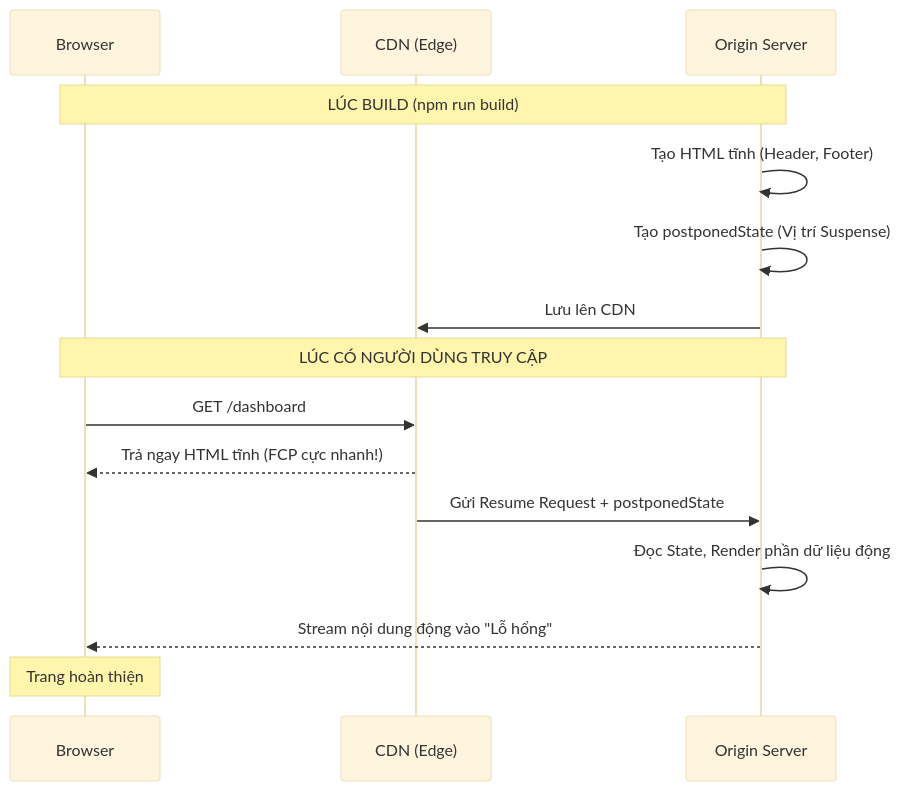
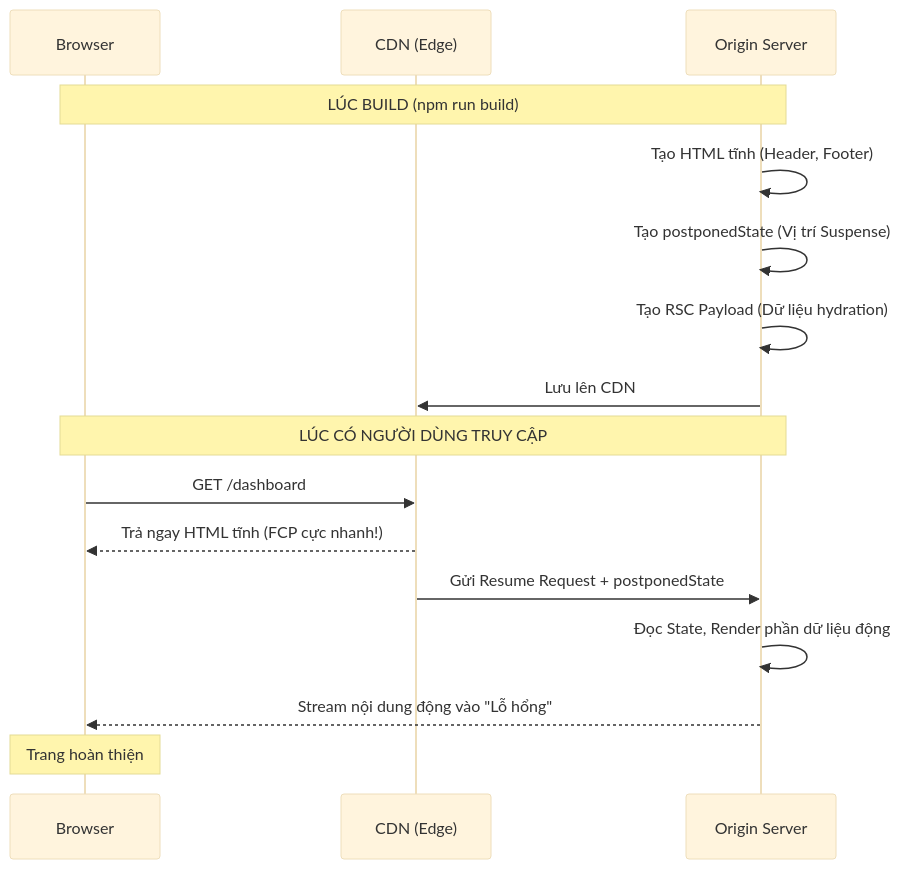
One commit to vuanhtu1993/vuanhtu1993.github.io changed the diagram in docs/nextjs/03-rendering/04-partial-prerendering.mdx. Above: the diagram before and after it, drawn with Mermaid (base theme). The commit also changed other lines of this file and 41 other files, not shown here.

````diff
--- a/docs/nextjs/03-rendering/04-partial-prerendering.mdx
+++ b/docs/nextjs/03-rendering/04-partial-prerendering.mdx
@@ -75,19 +82,20 @@
 ```mermaid
 sequenceDiagram
     participant B as Browser
     participant C as CDN (Edge)
     participant S as Origin Server
 
     Note over B,S: LÚC BUILD (npm run build)
     S->>S: Tạo HTML tĩnh (Header, Footer)
     S->>S: Tạo postponedState (Vị trí Suspense)
+    S->>S: Tạo RSC Payload (Dữ liệu hydration)
     S->>C: Lưu lên CDN
     
     Note over B,S: LÚC CÓ NGƯỜI DÙNG TRUY CẬP
     B->>C: GET /dashboard
     C-->>B: Trả ngay HTML tĩnh (FCP cực nhanh!)
     C->>S: Gửi Resume Request + postponedState
     S->>S: Đọc State, Render phần dữ liệu động
     S-->>B: Stream nội dung động vào "Lỗ hổng"
     Note over B: Trang hoàn thiện
 ```
````
